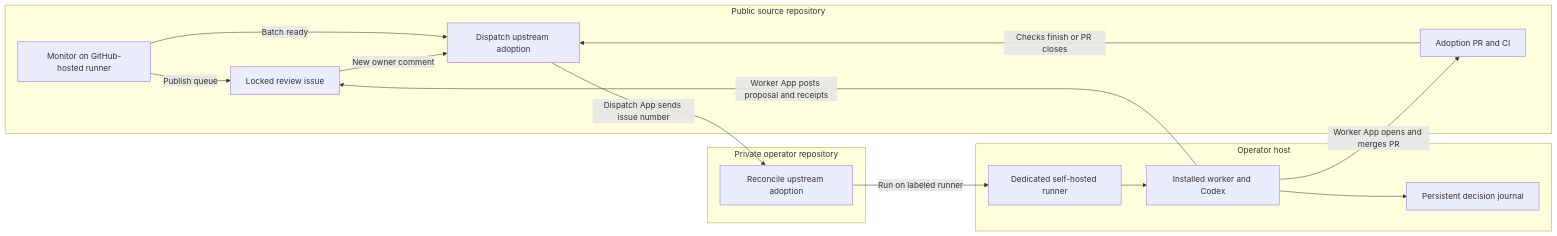
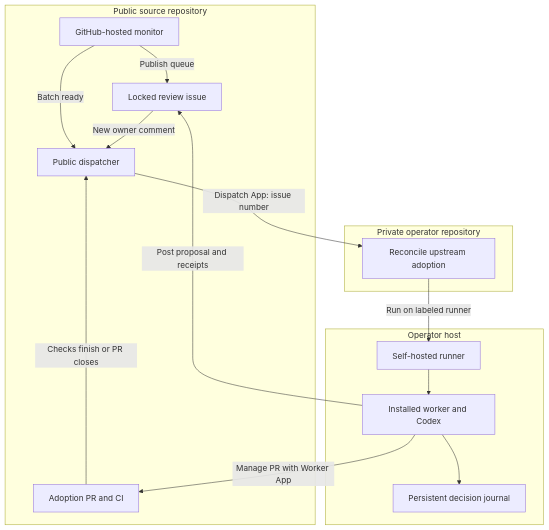
One commit to jaki95/agent-harness changed the first of 2 diagrams in docs/upstream-operator.md. Above: the diagram before and after it, drawn with Mermaid. The commit also changed other lines of this file, not shown here.

Commit message:
Fit the diagrams to the guide and document the dispatch handoff

````diff
--- a/docs/upstream-operator.md
+++ b/docs/upstream-operator.md
@@ -7,27 +7,27 @@
 ```mermaid
-flowchart LR
+flowchart TB
     subgraph publicRepo["Public source repository"]
-        monitor["Monitor on GitHub-hosted runner"]
+        monitor["GitHub-hosted monitor"]
         issue["Locked review issue"]
-        dispatch["Dispatch upstream adoption"]
+        dispatch["Public dispatcher"]
         pr["Adoption PR and CI"]
         monitor -->|Publish queue| issue
         monitor -->|Batch ready| dispatch
         issue -->|New owner comment| dispatch
         pr -->|Checks finish or PR closes| dispatch
     end
     subgraph privateRepo["Private operator repository"]
         job["Reconcile upstream adoption"]
     end
     subgraph host["Operator host"]
-        runner["Dedicated self-hosted runner"]
+        runner["Self-hosted runner"]
         worker["Installed worker and Codex"]
         journal["Persistent decision journal"]
         runner --> worker
         worker --> journal
     end
-    dispatch -->|Dispatch App sends issue number| job
+    dispatch -->|Dispatch App: issue number| job
     job -->|Run on labeled runner| runner
-    worker -->|Worker App posts proposal and receipts| issue
-    worker -->|Worker App opens and merges PR| pr
+    worker -->|Post proposal and receipts| issue
+    worker -->|Manage PR with Worker App| pr
 ```
````
